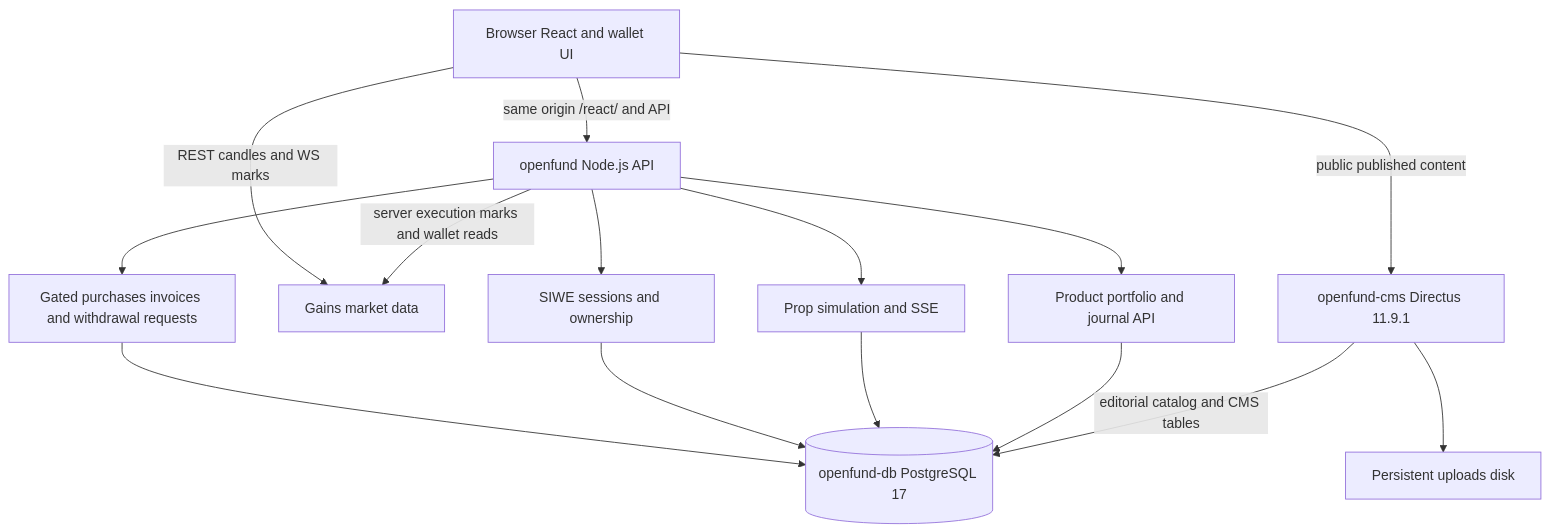
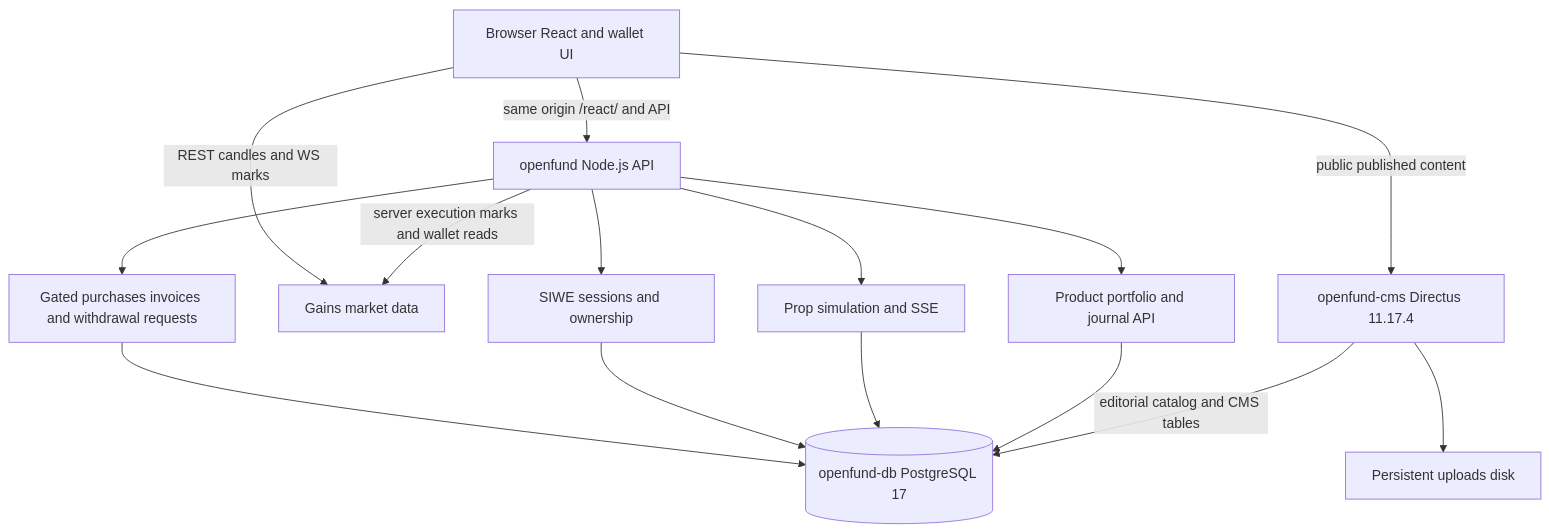
Before and after one commit to algomanlife/openfund: the diagram in docs/architecture/ARCHITECTURE.md, drawn with Mermaid. The commit also changed 20 other files, not shown here.

First line of the commit message:
chore(cms): pin Directus 11.17.4, the latest 11.x release

````diff
--- a/docs/architecture/ARCHITECTURE.md
+++ b/docs/architecture/ARCHITECTURE.md
@@ -11,17 +11,17 @@
 ```mermaid
 flowchart TB
   Browser[Browser React and wallet UI] -->|same origin /react/ and API| Node[openfund Node.js API]
-  Browser -->|public published content| CMS[openfund-cms Directus 11.9.1]
+  Browser -->|public published content| CMS[openfund-cms Directus 11.17.4]
   Browser -->|REST candles and WS marks| Gains[Gains market data]
   Node -->|server execution marks and wallet reads| Gains
   Node --> Auth[SIWE sessions and ownership]
   Node --> Engine[Prop simulation and SSE]
   Node --> Product[Product portfolio and journal API]
   Node --> Commerce[Gated purchases invoices and withdrawal requests]
   Commerce --> DB
   Auth --> DB[(openfund-db PostgreSQL 17)]
   Engine --> DB
   Product --> DB
   CMS -->|editorial catalog and CMS tables| DB
   CMS --> Uploads[Persistent uploads disk]
 ```
````
